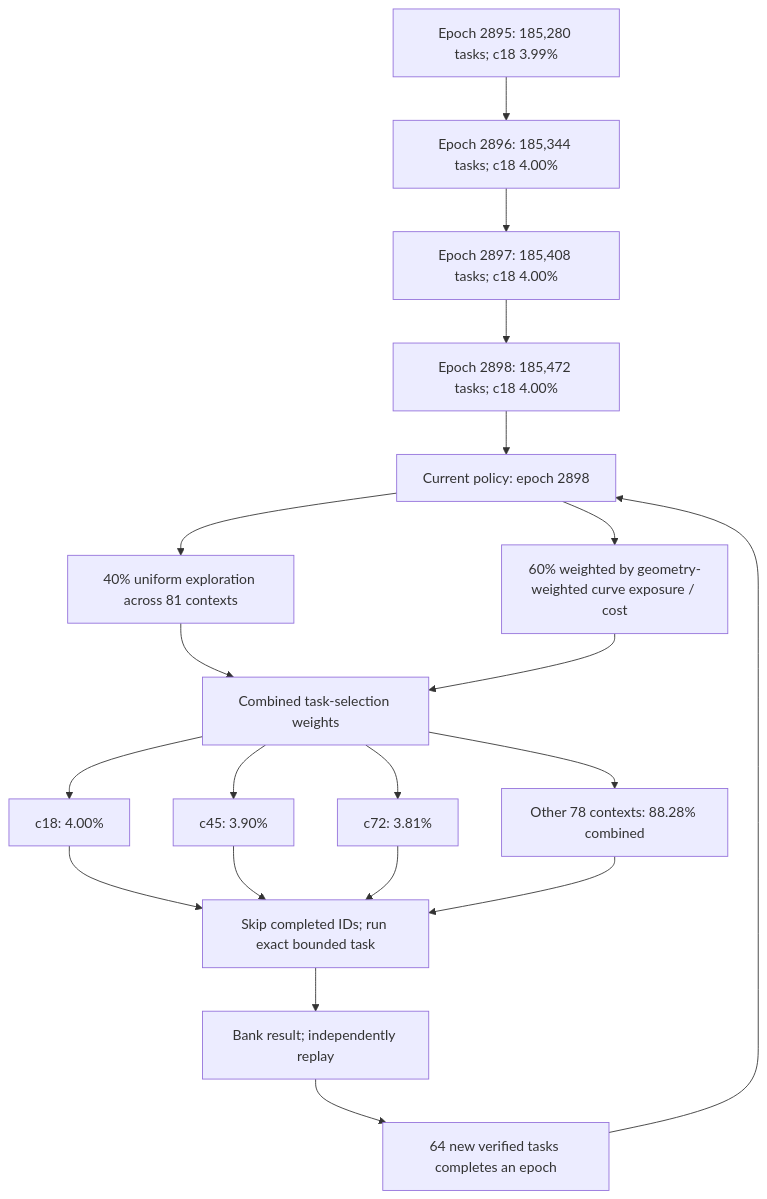
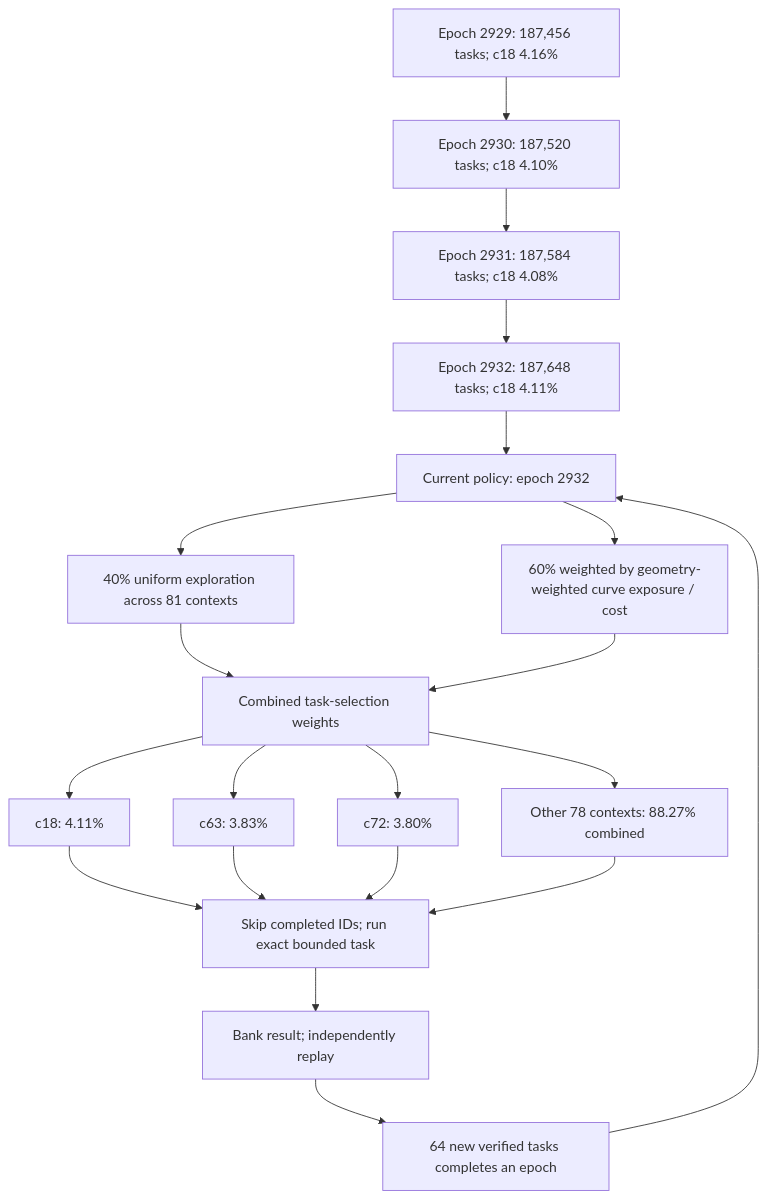
The first of 3 diagrams in README.md (Kuberwastaken/math-gambling), drawn with Mermaid before and after one commit. The commit also changed other lines of this file and 4292 other files, not shown here.

````diff
--- a/README.md
+++ b/README.md
@@ -57,27 +57,27 @@
 ```mermaid
 flowchart TD
-    H0["Epoch 2895: 185,280 tasks; c18 3.99%"]
-    H1["Epoch 2896: 185,344 tasks; c18 4.00%"]
+    H0["Epoch 2929: 187,456 tasks; c18 4.16%"]
+    H1["Epoch 2930: 187,520 tasks; c18 4.10%"]
     H0 --> H1
-    H2["Epoch 2897: 185,408 tasks; c18 4.00%"]
+    H2["Epoch 2931: 187,584 tasks; c18 4.08%"]
     H1 --> H2
-    H3["Epoch 2898: 185,472 tasks; c18 4.00%"]
+    H3["Epoch 2932: 187,648 tasks; c18 4.11%"]
     H2 --> H3
-    Policy["Current policy: epoch 2898"]
+    Policy["Current policy: epoch 2932"]
     H3 --> Policy
     Policy --> Explore["40% uniform exploration across 81 contexts"]
     Policy --> Cost["60% weighted by geometry-weighted curve exposure / cost"]
     Explore --> Mix["Combined task-selection weights"]
     Cost --> Mix
-    Mix --> C0["c18: 4.00%"]
-    Mix --> C1["c45: 3.90%"]
-    Mix --> C2["c72: 3.81%"]
-    Mix --> Rest["Other 78 contexts: 88.28% combined"]
+    Mix --> C0["c18: 4.11%"]
+    Mix --> C1["c63: 3.83%"]
+    Mix --> C2["c72: 3.80%"]
+    Mix --> Rest["Other 78 contexts: 88.27% combined"]
     C0 --> Check["Skip completed IDs; run exact bounded task"]
     C1 --> Check
     C2 --> Check
     Rest --> Check
     Check --> Replay["Bank result; independently replay"]
     Replay --> Gate["64 new verified tasks completes an epoch"]
     Gate --> Policy
 ```
````
